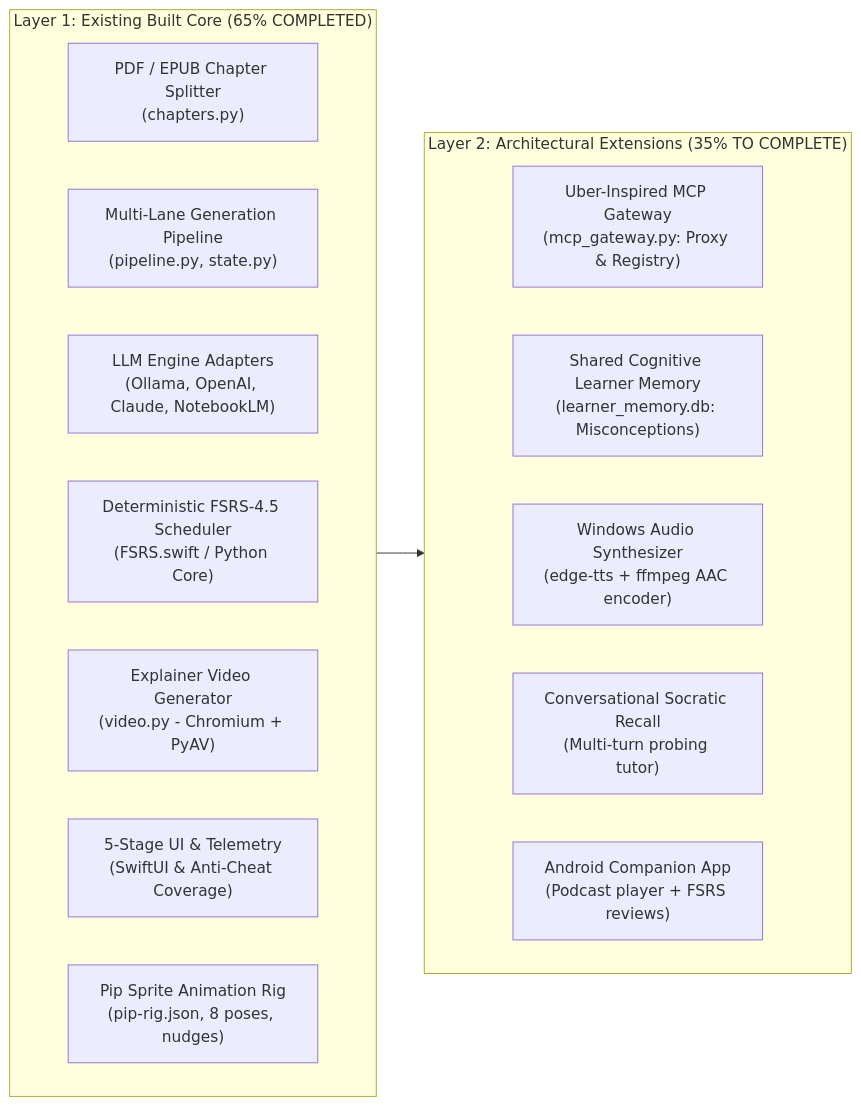
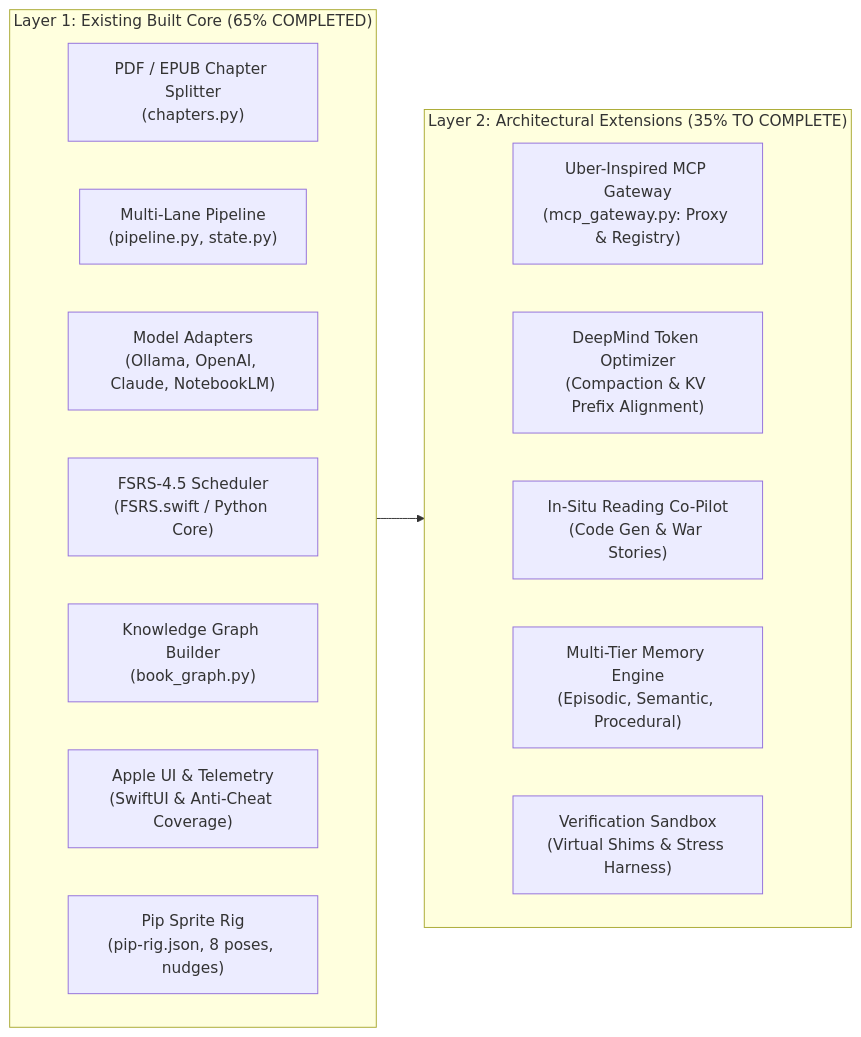
The first of 7 diagrams in plan.md (ansh0014/Mnemos), drawn with Mermaid before and after one commit. The commit also changed other lines of this file and 19 other files, not shown here.

````diff
--- a/plan.md
+++ b/plan.md
@@ -18,24 +20,24 @@
 ```mermaid
 flowchart LR
-    subgraph ExistingCore ["Layer 1: Existing Built Core (65% COMPLETED)"]
+    subgraph BuiltCore ["Layer 1: Existing Built Core (65% COMPLETED)"]
         direction LR
         P1["PDF / EPUB Chapter Splitter<br>(chapters.py)"]
-        P2["Multi-Lane Generation Pipeline<br>(pipeline.py, state.py)"]
-        P3["LLM Engine Adapters<br>(Ollama, OpenAI, Claude, NotebookLM)"]
-        P4["Deterministic FSRS-4.5 Scheduler<br>(FSRS.swift / Python Core)"]
-        P5["Explainer Video Generator<br>(video.py - Chromium + PyAV)"]
-        P6["5-Stage UI & Telemetry<br>(SwiftUI & Anti-Cheat Coverage)"]
-        P7["Pip Sprite Animation Rig<br>(pip-rig.json, 8 poses, nudges)"]
+        P2["Multi-Lane Pipeline<br>(pipeline.py, state.py)"]
+        P3["Model Adapters<br>(Ollama, OpenAI, Claude, NotebookLM)"]
+        P4["FSRS-4.5 Scheduler<br>(FSRS.swift / Python Core)"]
+        P5["Knowledge Graph Builder<br>(book_graph.py)"]
+        P6["Apple UI & Telemetry<br>(SwiftUI & Anti-Cheat Coverage)"]
+        P7["Pip Sprite Rig<br>(pip-rig.json, 8 poses, nudges)"]
     end
 
     subgraph NewArchitecture ["Layer 2: Architectural Extensions (35% TO COMPLETE)"]
         direction LR
         N1["Uber-Inspired MCP Gateway<br>(mcp_gateway.py: Proxy & Registry)"]
-        N2["Shared Cognitive Learner Memory<br>(learner_memory.db: Misconceptions)"]
-        N3["Windows Audio Synthesizer<br>(edge-tts + ffmpeg AAC encoder)"]
-        N4["Conversational Socratic Recall<br>(Multi-turn probing tutor)"]
-        N5["Android Companion App<br>(Podcast player + FSRS reviews)"]
+        N2["DeepMind Token Optimizer<br>(Compaction & KV Prefix Alignment)"]
+        N3["In-Situ Reading Co-Pilot<br>(Code Gen & War Stories)"]
+        N4["Multi-Tier Memory Engine<br>(Episodic, Semantic, Procedural)"]
+        N5["Verification Sandbox<br>(Virtual Shims & Stress Harness)"]
     end
 
-    ExistingCore --> NewArchitecture
+    BuiltCore --> NewArchitecture
 ```
````
